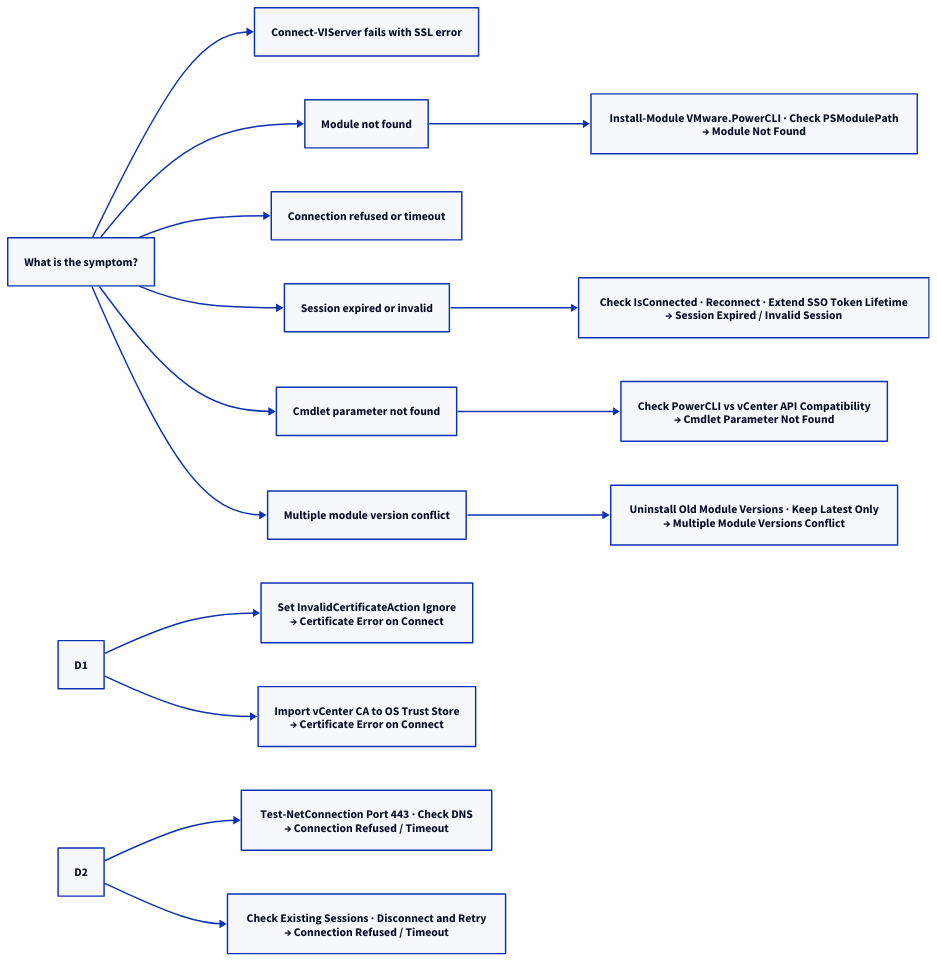
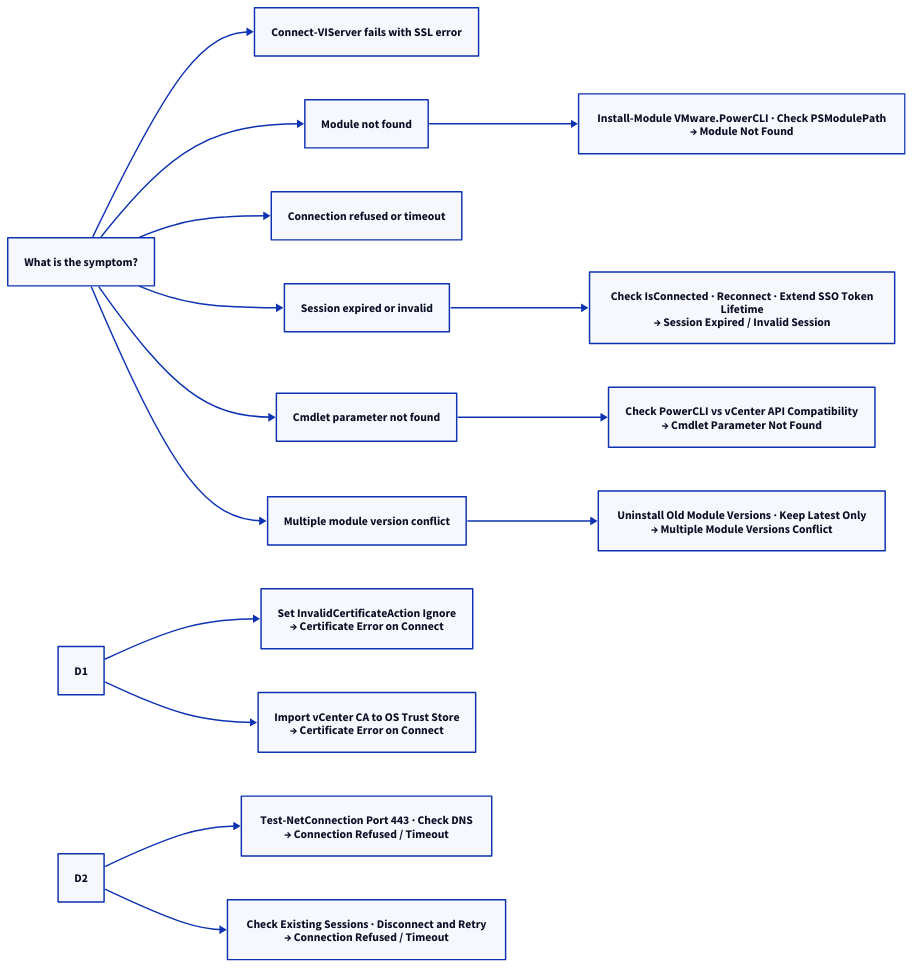
Before and after one commit to canast01/chris-kb: the second of 2 diagrams in docs/virtualization/vmware/powercli/troubleshooting/common-issues.md, drawn with D2. The commit also changed 192 other files, not shown here.

````diff
--- a/docs/virtualization/vmware/powercli/troubleshooting/common-issues.md
+++ b/docs/virtualization/vmware/powercli/troubleshooting/common-issues.md
@@ -46,36 +46,36 @@
 ```d2
 direction: right
 
 S: "What is the symptom?" {shape: rectangle}
 B1: "Connect-VIServer fails with SSL error" {shape: rectangle}
 B2: "Module not found" {shape: rectangle}
 B3: "Connection refused or timeout" {shape: rectangle}
 B4: "Session expired or invalid" {shape: rectangle}
 B5: "Cmdlet parameter not found" {shape: rectangle}
 B6: "Multiple module version conflict" {shape: rectangle}
 D1: "D1" {shape: rectangle}
 R1: "Set InvalidCertificateAction Ignore\n→ Certificate Error on Connect" {shape: rectangle}
 R2: "Import vCenter CA to OS Trust Store\n→ Certificate Error on Connect" {shape: rectangle}
 R3: "Install-Module VMware.PowerCLI · Check PSModulePath\n→ Module Not Found" {shape: rectangle}
 D2: "D2" {shape: rectangle}
 R4: "Test-NetConnection Port 443 · Check DNS\n→ Connection Refused / Timeout" {shape: rectangle}
 R5: "Check Existing Sessions · Disconnect and Retry\n→ Connection Refused / Timeout" {shape: rectangle}
-R6: "Check IsConnected · Reconnect · Extend SSO Token Lifetime\n→ Session Expired / Invalid Session" {shape: rectangle}
+R6: "Check IsConnected · Reconnect · Extend SSO Token\nLifetime\n→ Session Expired / Invalid Session" {shape: rectangle}
 R7: "Check PowerCLI vs vCenter API Compatibility\n→ Cmdlet Parameter Not Found" {shape: rectangle}
 R8: "Uninstall Old Module Versions · Keep Latest Only\n→ Multiple Module Versions Conflict" {shape: rectangle}
 
 S -> B1
 S -> B2
 S -> B3
 S -> B4
 S -> B5
 S -> B6
 D1 -> R1
 D1 -> R2
 B2 -> R3
 D2 -> R4
 D2 -> R5
 B4 -> R6
 B5 -> R7
 B6 -> R8
 ```
````
